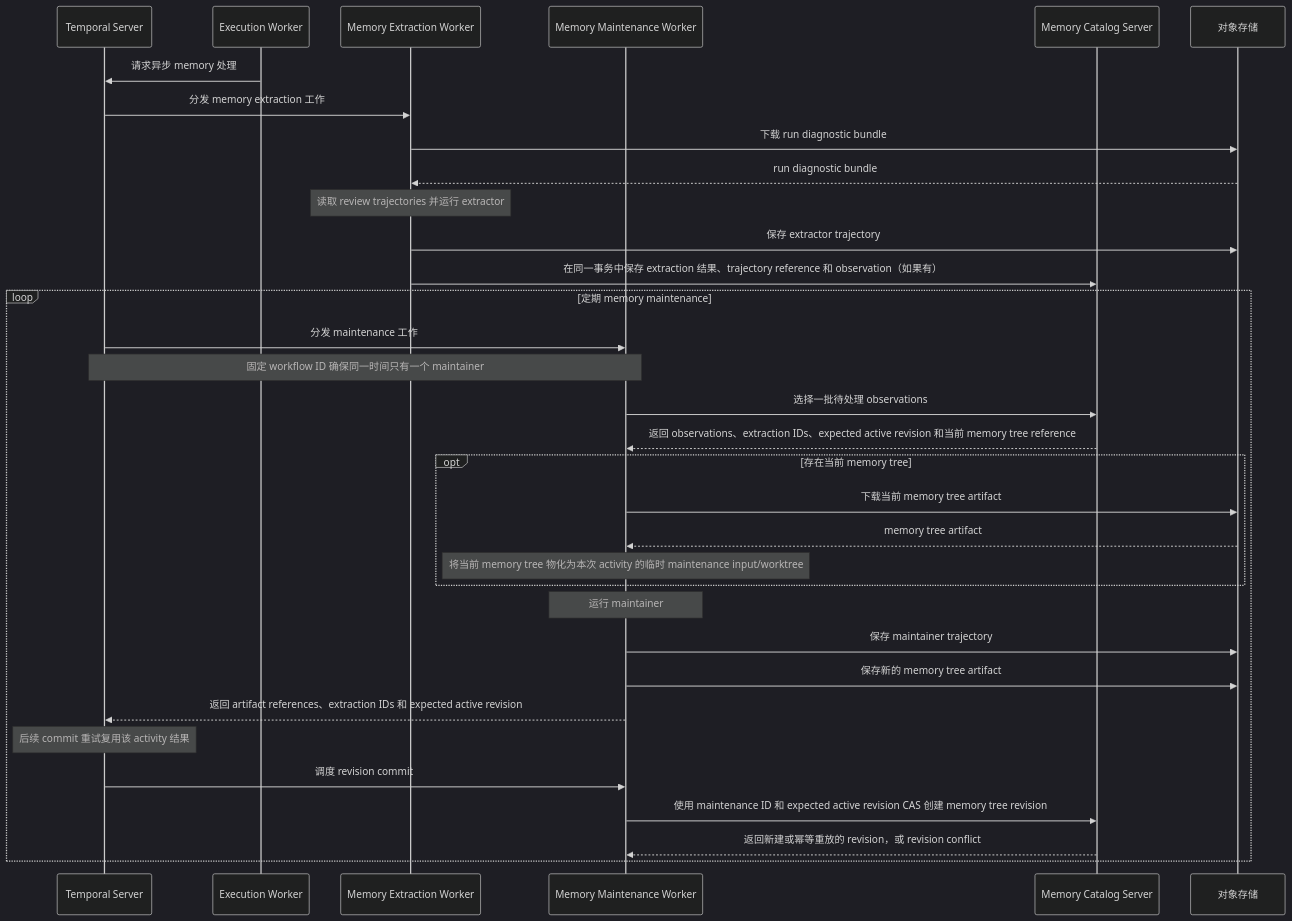
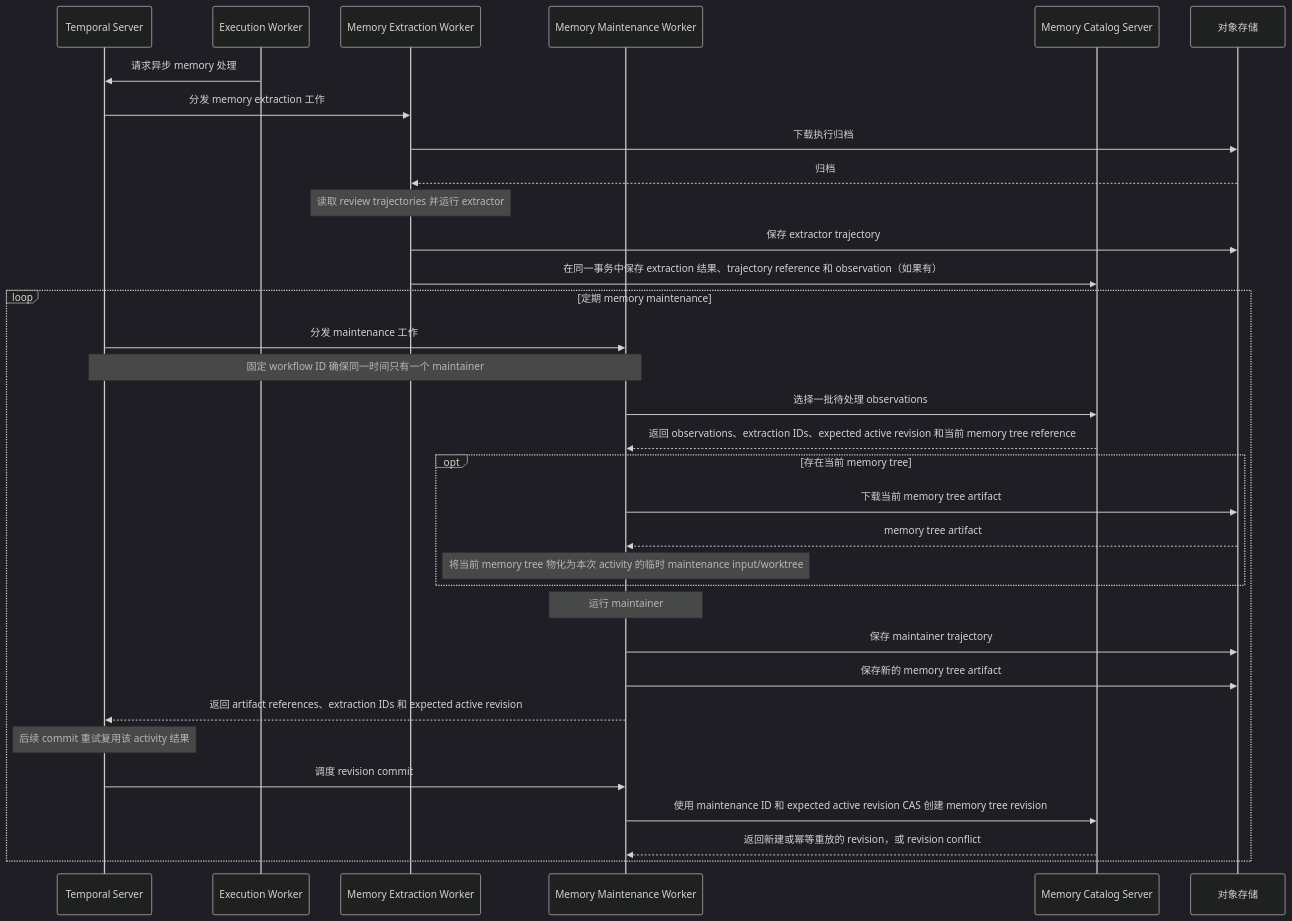
One commit to Agent-AI-Chalmers/sec-review-bot changed the second of 4 diagrams in docs/architecture/SYSTEM_ARCHITECTURE.zh.md. Above: the diagram before and after it, drawn with Mermaid (dark theme). The commit also changed other lines of this file and 135 other files, not shown here.

````diff
--- a/docs/architecture/SYSTEM_ARCHITECTURE.zh.md
+++ b/docs/architecture/SYSTEM_ARCHITECTURE.zh.md
@@ -79,36 +79,36 @@
 ```mermaid
 sequenceDiagram
   participant Temporal as Temporal Server
   participant ExecutionWorker as Execution Worker
   participant ExtractionWorker as Memory Extraction Worker
   participant MaintenanceWorker as Memory Maintenance Worker
   participant Catalog as Memory Catalog Server
   participant Storage as 对象存储
 
   ExecutionWorker->>Temporal: 请求异步 memory 处理
   Temporal->>ExtractionWorker: 分发 memory extraction 工作
-  ExtractionWorker->>Storage: 下载 run diagnostic bundle
-  Storage-->>ExtractionWorker: run diagnostic bundle
+  ExtractionWorker->>Storage: 下载执行归档
+  Storage-->>ExtractionWorker: 归档
   Note over ExtractionWorker: 读取 review trajectories 并运行 extractor
   ExtractionWorker->>Storage: 保存 extractor trajectory
   ExtractionWorker->>Catalog: 在同一事务中保存 extraction 结果、trajectory reference 和 observation（如果有）
   loop 定期 memory maintenance
     Temporal->>MaintenanceWorker: 分发 maintenance 工作
     Note over Temporal,MaintenanceWorker: 固定 workflow ID 确保同一时间只有一个 maintainer
     MaintenanceWorker->>Catalog: 选择一批待处理 observations
     Catalog-->>MaintenanceWorker: 返回 observations、extraction IDs、expected active revision 和当前 memory tree reference
     opt 存在当前 memory tree
       MaintenanceWorker->>Storage: 下载当前 memory tree artifact
       Storage-->>MaintenanceWorker: memory tree artifact
       Note over MaintenanceWorker: 将当前 memory tree 物化为本次 activity 的临时 maintenance input/worktree
     end
     Note over MaintenanceWorker: 运行 maintainer
     MaintenanceWorker->>Storage: 保存 maintainer trajectory
     MaintenanceWorker->>Storage: 保存新的 memory tree artifact
     MaintenanceWorker-->>Temporal: 返回 artifact references、extraction IDs 和 expected active revision
     Note over Temporal: 后续 commit 重试复用该 activity 结果
     Temporal->>MaintenanceWorker: 调度 revision commit
     MaintenanceWorker->>Catalog: 使用 maintenance ID 和 expected active revision CAS 创建 memory tree revision
     Catalog-->>MaintenanceWorker: 返回新建或幂等重放的 revision，或 revision conflict
   end
 ```
````
